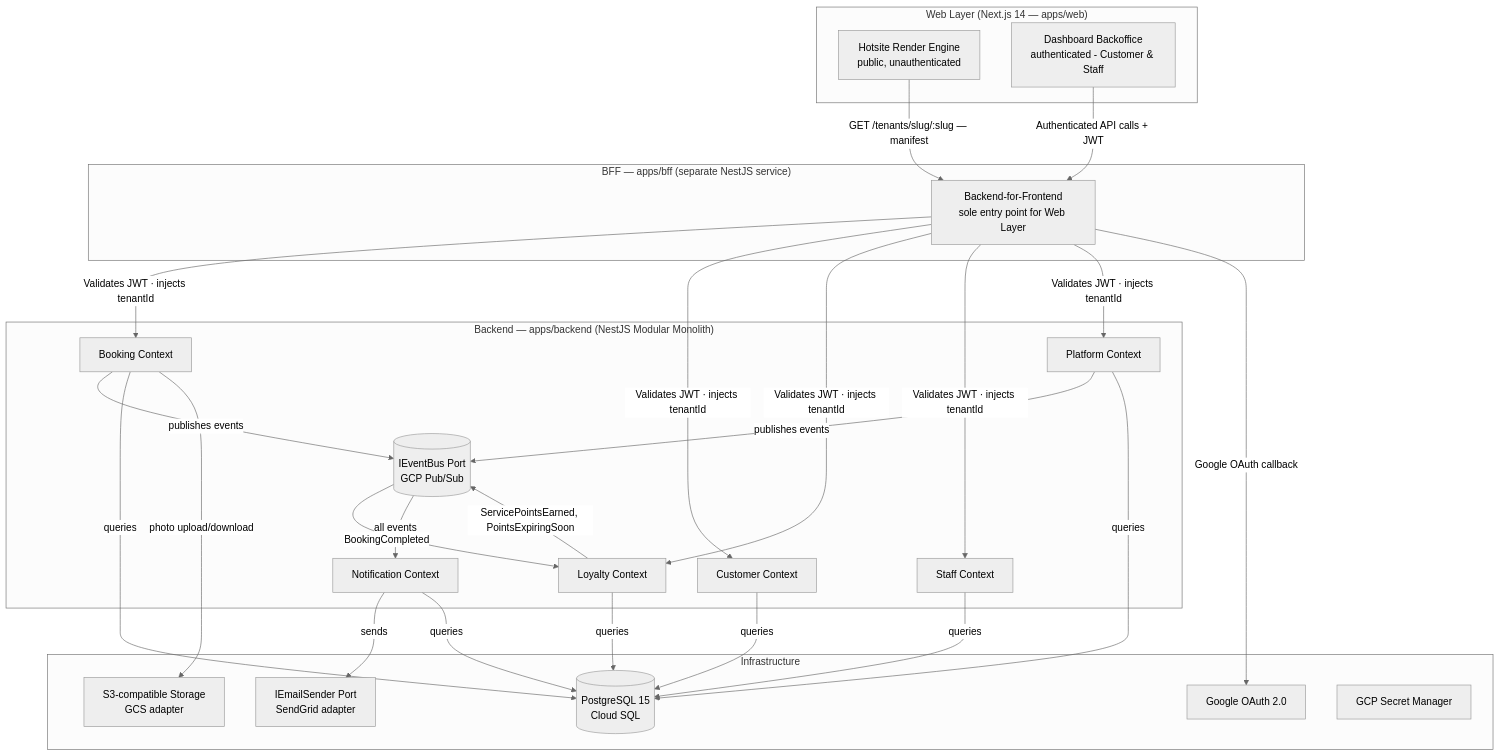
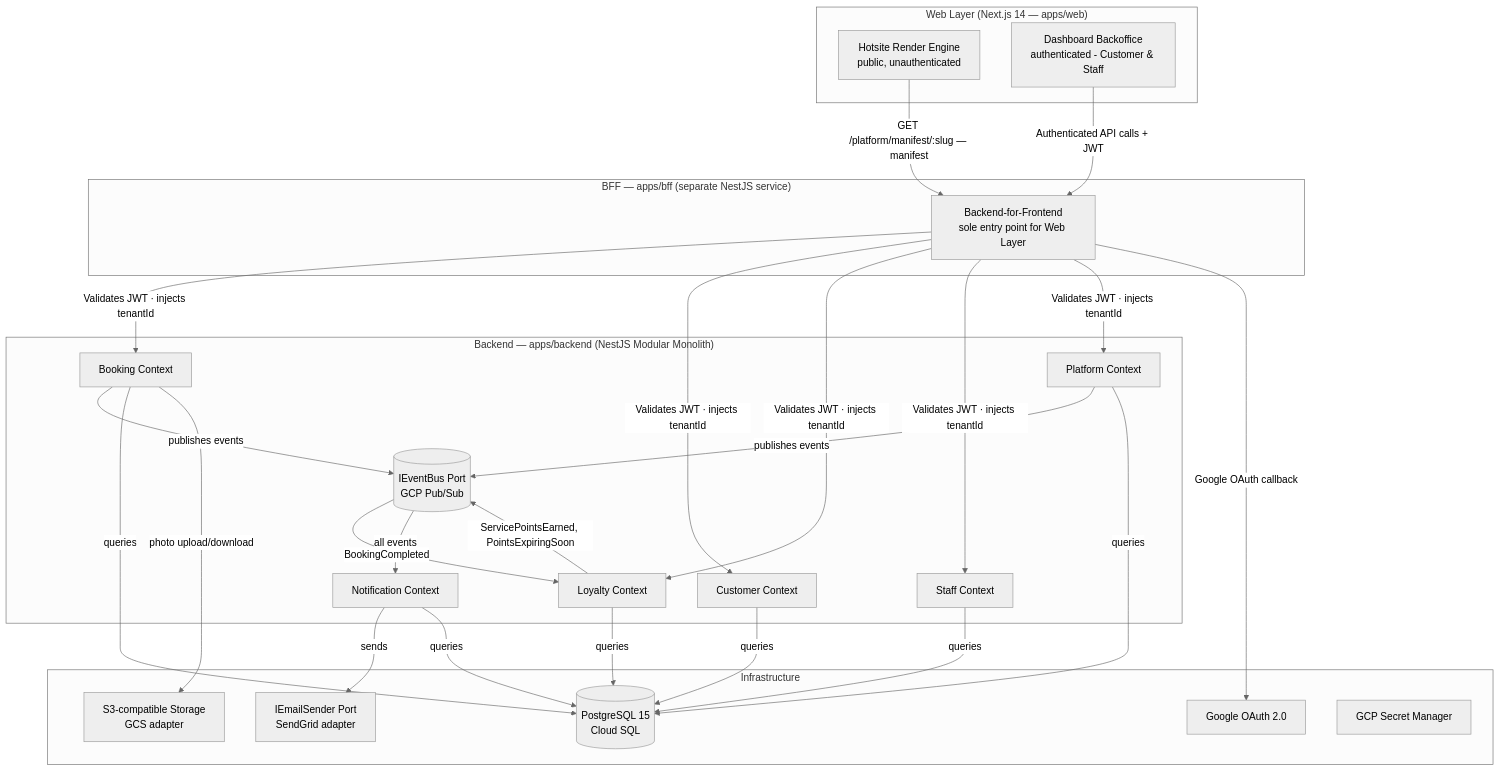
The diagram in docs/11-ARCHITECTURE.md (lmmoreira/beloauto), drawn with Mermaid (neutral theme) before and after one commit. The commit also changed 43 other files, not shown here.

````diff
--- a/docs/11-ARCHITECTURE.md
+++ b/docs/11-ARCHITECTURE.md
@@ -11,46 +11,46 @@
 ```mermaid
 graph TD
     subgraph "Web Layer (Next.js 14 — apps/web)"
         Hotsite[Hotsite Render Engine<br/>public, unauthenticated]
         Dashboard[Dashboard Backoffice<br/>authenticated - Customer & Staff]
     end
 
     subgraph "BFF — apps/bff (separate NestJS service)"
         BFF[Backend-for-Frontend<br/>sole entry point for Web Layer]
     end
 
     subgraph "Backend — apps/backend (NestJS Modular Monolith)"
         BC1[Booking Context]
         BC2[Customer Context]
         BC3[Loyalty Context]
         BC4[Notification Context]
         BC5[Staff Context]
         BC6[Platform Context]
         EB[(IEventBus Port<br/>GCP Pub/Sub)]
     end
 
     subgraph "Infrastructure"
         DB[(PostgreSQL 15<br/>Cloud SQL)]
         OAuth[Google OAuth 2.0]
         Email[IEmailSender Port<br/>SendGrid adapter]
         Storage[S3-compatible Storage<br/>GCS adapter]
         Secrets[GCP Secret Manager]
     end
 
-    Hotsite -->|GET /tenants/slug/:slug — manifest| BFF
+    Hotsite -->|GET /platform/manifest/:slug — manifest| BFF
     Dashboard -->|Authenticated API calls + JWT| BFF
     BFF -->|Validates JWT · injects tenantId| BC1
     BFF -->|Validates JWT · injects tenantId| BC2
     BFF -->|Validates JWT · injects tenantId| BC3
     BFF -->|Validates JWT · injects tenantId| BC5
     BFF -->|Validates JWT · injects tenantId| BC6
     BC1 -->|publishes events| EB
     BC6 -->|publishes events| EB
     EB -->|BookingCompleted| BC3
     EB -->|all events| BC4
     BC3 -->|ServicePointsEarned, PointsExpiringSoon| EB
     BC4 -->|sends| Email
     BC1 & BC2 & BC3 & BC4 & BC5 & BC6 -->|queries| DB
     BFF -->|Google OAuth callback| OAuth
     BC1 -->|photo upload/download| Storage
 ```
````
